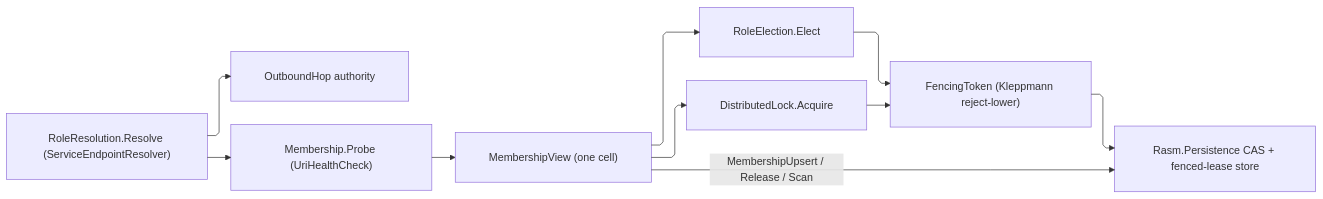
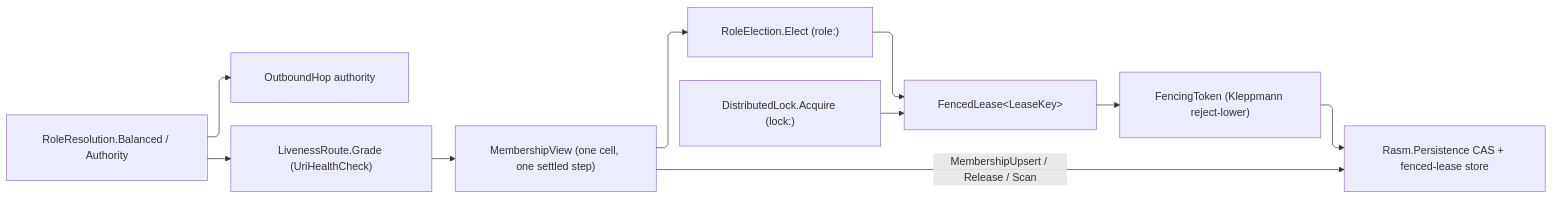
One commit to bsamiee/Rasm changed the diagram in libs/csharp/Rasm.AppHost/.planning/Wire/coordination.md. Above: the diagram before and after it, drawn with Mermaid. The commit also changed other lines of this file and 818 other files, not shown here.

````diff
--- a/libs/csharp/Rasm.AppHost/.planning/Wire/coordination.md
+++ b/libs/csharp/Rasm.AppHost/.planning/Wire/coordination.md
@@ -389,21 +500,21 @@
 ```mermaid
 ---
 config:
   layout: elk
   flowchart:
     curve: linear
     padding: 25
 ---
 flowchart LR
-    accTitle: One coordination surface over the fenced lease and the endpoint resolver
-    accDescr: The resolver maps a role to live endpoints feeding the outbound hop authority; remote probes fold into one membership view whose durable half crosses the coordination port; the election and lock mint a fenced token over the one maintenance lease backed by the Persistence CAS store.
-    Resolve["RoleResolution.Resolve (ServiceEndpointResolver)"] --> Authority["OutboundHop authority"]
-    Resolve --> Probe["Membership.Probe (UriHealthCheck)"]
-    Probe --> View["MembershipView (one cell)"]
+    accTitle: One coordination surface over the fenced lease and the role authority
+    accDescr: A role name projects the authority the outbound hop dials and the package resolves per call; route-keyed probes fold into one membership view whose durable half crosses the coordination port; the role and lock namespaces reach one fenced-lease algebra backed by the Persistence CAS store.
+    Resolve["RoleResolution.Balanced / Authority"] --> Authority["OutboundHop authority"]
+    Resolve --> Probe["LivenessRoute.Grade (UriHealthCheck)"]
+    Probe --> View["MembershipView (one cell, one settled step)"]
     View -->|"MembershipUpsert / Release / Scan"| Store
-    View --> Elect["RoleElection.Elect"]
-    View --> Lock["DistributedLock.Acquire"]
-    Elect --> Token["FencingToken (Kleppmann reject-lower)"]
-    Lock --> Token
+    View --> Elect["RoleElection.Elect (role:)"]
+    Elect --> Algebra["FencedLease&lt;LeaseKey&gt;"]
+    Lock["DistributedLock.Acquire (lock:)"] --> Algebra
+    Algebra --> Token["FencingToken (Kleppmann reject-lower)"]
     Token --> Store["Rasm.Persistence CAS + fenced-lease store"]
 ```
````
